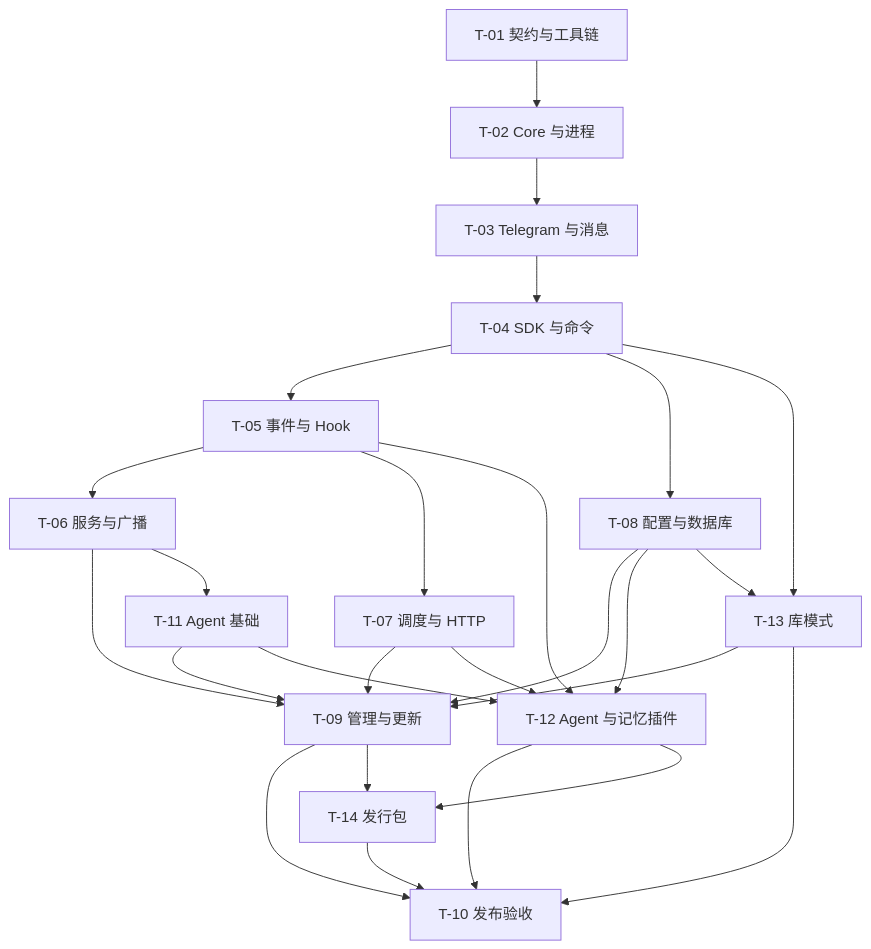
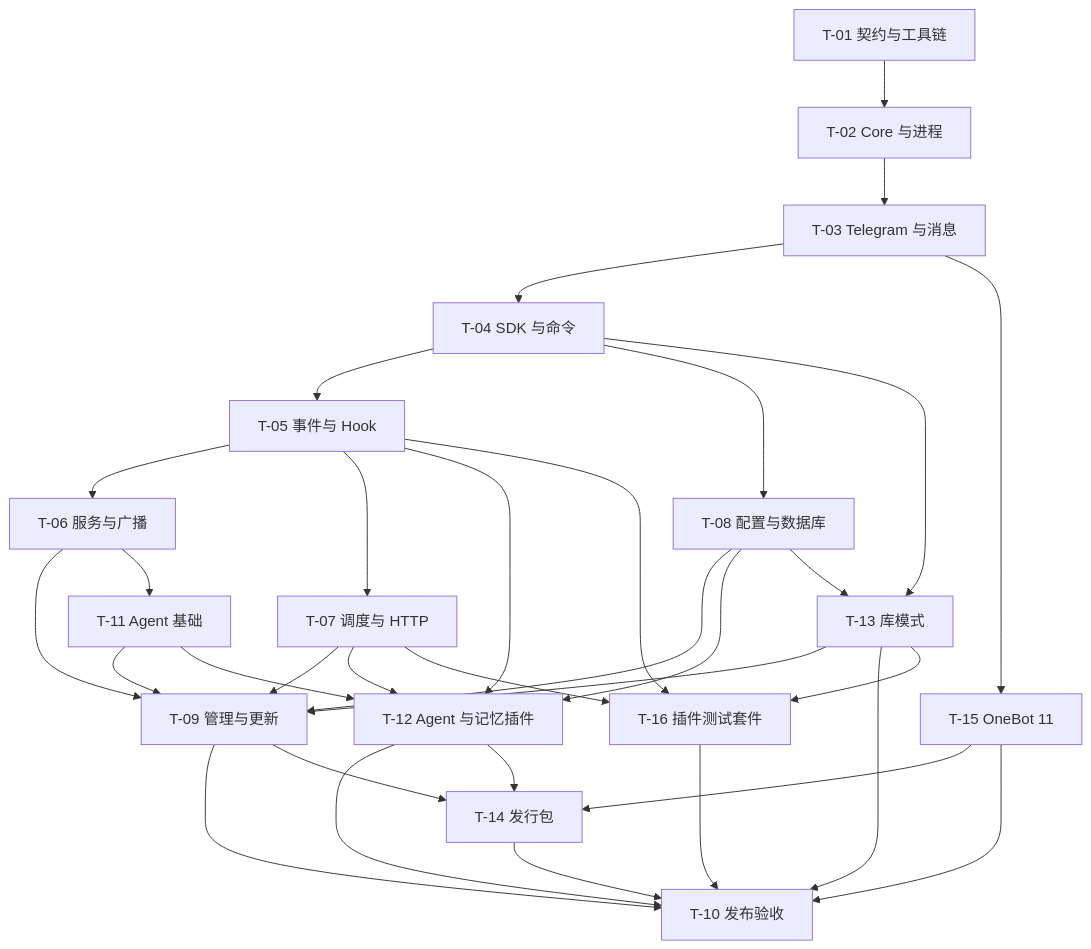
One commit to AlonaBot/AlonaBot changed the diagram in spec/PLAN.md. Above: the diagram before and after it, drawn with Mermaid. The commit also changed other lines of this file and 11 other files, not shown here.

First line of the commit message:
规划官方 OneBot 11 Adapter 与插件测试套件 (#26)

````diff
--- a/spec/PLAN.md
+++ b/spec/PLAN.md
@@ -67,28 +69,35 @@
 ```mermaid
 flowchart TD
   T01["T-01 契约与工具链"] --> T02["T-02 Core 与进程"]
   T02 --> T03["T-03 Telegram 与消息"]
   T03 --> T04["T-04 SDK 与命令"]
   T04 --> T05["T-05 事件与 Hook"]
   T04 --> T08["T-08 配置与数据库"]
   T05 --> T06["T-06 服务与广播"]
   T05 --> T07["T-07 调度与 HTTP"]
   T06 --> T09["T-09 管理与更新"]
   T07 --> T09
   T08 --> T09
   T06 --> T11["T-11 Agent 基础"]
   T11 --> T09
   T11 --> T12["T-12 Agent 与记忆插件"]
   T05 --> T12
   T07 --> T12
   T08 --> T12
   T09 --> T10["T-10 发布验收"]
   T12 --> T10
   T04 --> T13["T-13 库模式"]
   T08 --> T13
   T13 --> T09
   T09 --> T14["T-14 发行包"]
   T12 --> T14
   T13 --> T10
   T14 --> T10
+  T03 --> T15["T-15 OneBot 11"]
+  T15 --> T14
+  T15 --> T10
+  T13 --> T16["T-16 插件测试套件"]
+  T05 --> T16
+  T07 --> T16
+  T16 --> T10
 ```
````
